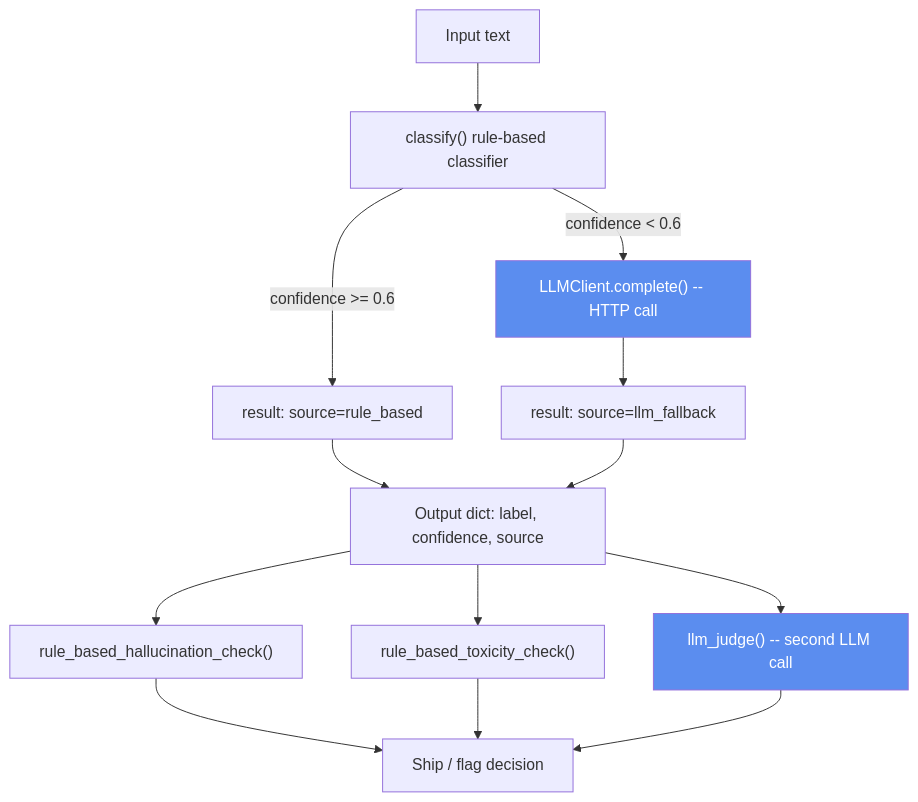
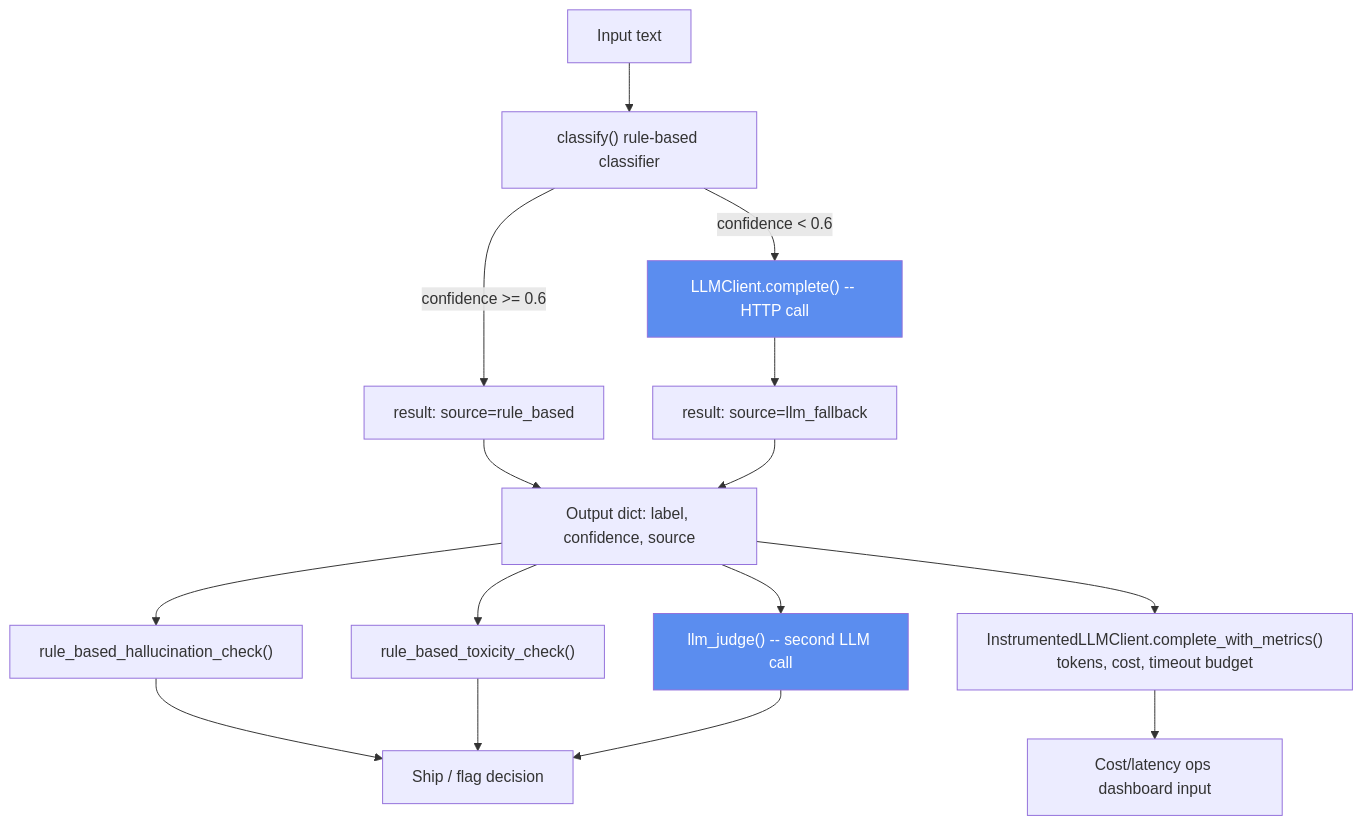
One commit to Arj0010/ai-engineer-bootcamp changed the diagram in Module-7-QA-DS-Engineer-Bootcamp/day1_llm_pipeline_testing/README.md. Above: the diagram before and after it, drawn with Mermaid. The commit also changed other lines of this file and 17 other files, not shown here.

First line of the commit message:
Add Dagster orchestration testing and GenAI cost/token/timeout monitoring exercises

````diff
--- a/Module-7-QA-DS-Engineer-Bootcamp/day1_llm_pipeline_testing/README.md
+++ b/Module-7-QA-DS-Engineer-Bootcamp/day1_llm_pipeline_testing/README.md
@@ -9,18 +9,20 @@
 ```mermaid
 flowchart TD
     A[Input text] --> B["classify() rule-based classifier"]
     B -->|confidence >= 0.6| C["result: source=rule_based"]
     B -->|confidence < 0.6| D["LLMClient.complete() -- HTTP call"]
     D --> E["result: source=llm_fallback"]
     C --> F[Output dict: label, confidence, source]
     E --> F
     F --> G["rule_based_hallucination_check()"]
     F --> H["rule_based_toxicity_check()"]
     F --> I["llm_judge() -- second LLM call"]
     G --> J[Ship / flag decision]
     H --> J
     I --> J
+    F --> K["InstrumentedLLMClient.complete_with_metrics()\ntokens, cost, timeout budget"]
+    K --> L[Cost/latency ops dashboard input]
 
     style D fill:#5b8def,color:#fff
     style I fill:#5b8def,color:#fff
 ```
````
